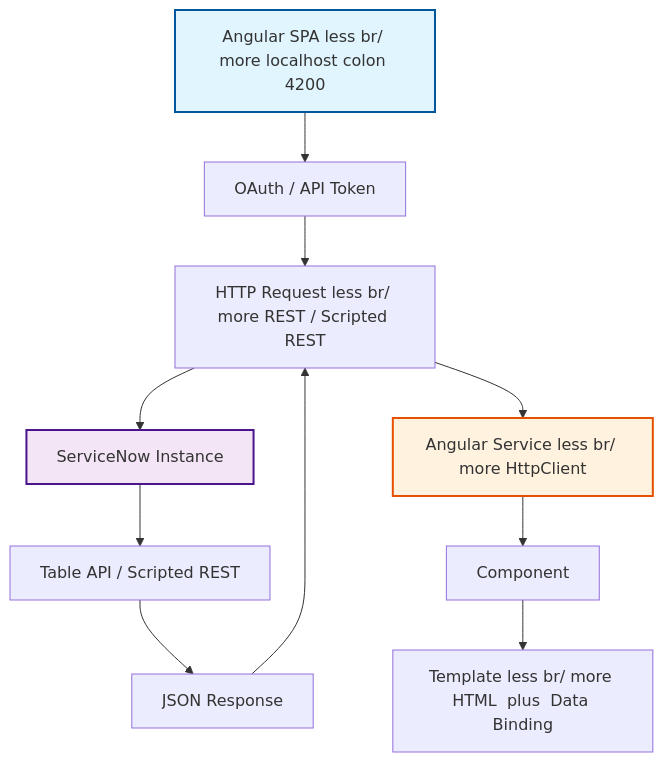
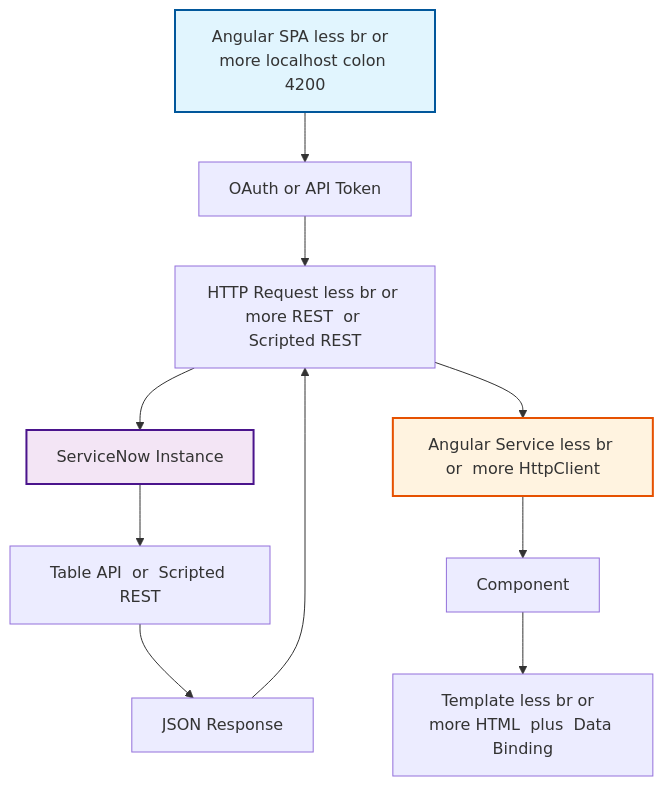
The second of 3 diagrams in docs/modules/scripting/angular-guide.md (eltonaguiar/ServiceNow_Learning_TSOM-_CSM_FSM_SalesCRM_HAM_ITSM), drawn with Mermaid before and after one commit. The commit also changed other lines of this file and 19 other files, not shown here.

First line of the commit message:
Fix Mermaid diagram syntax errors - replace problematic chars in text content only

````diff
--- a/docs/modules/scripting/angular-guide.md
+++ b/docs/modules/scripting/angular-guide.md
@@ -139,15 +139,15 @@
 ```mermaid
 graph TD
-    A[Angular SPA less br/ more localhost colon 4200] --> B[OAuth / API Token]
-    B --> C[HTTP Request less br/ more REST / Scripted REST]
+    A[Angular SPA less br or  more localhost colon 4200] --> B[OAuth  or  API Token]
+    B --> C[HTTP Request less br or  more REST  or  Scripted REST]
     C --> D[ServiceNow Instance]
-    D --> E[Table API / Scripted REST]
+    D --> E[Table API  or  Scripted REST]
     E --> F[JSON Response]
     F --> C
-    C --> G[Angular Service less br/ more HttpClient]
+    C --> G[Angular Service less br or  more HttpClient]
     G --> H[Component]
-    H --> I[Template less br/ more HTML  plus  Data Binding]
+    H --> I[Template less br or  more HTML  plus  Data Binding]
     style A fill:#e1f5fe,stroke:#01579b,stroke-width:2px
     style D fill:#f3e5f5,stroke:#4a148c,stroke-width:2px
     style G fill:#fff3e0,stroke:#e65100,stroke-width:2px
 ```
````
